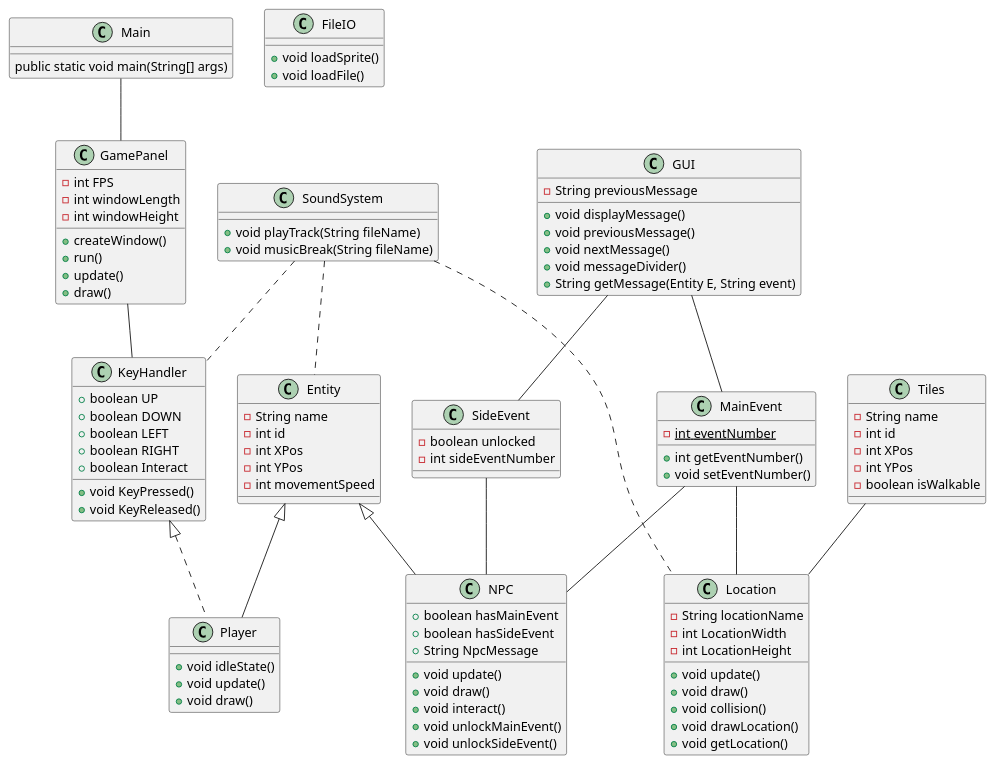
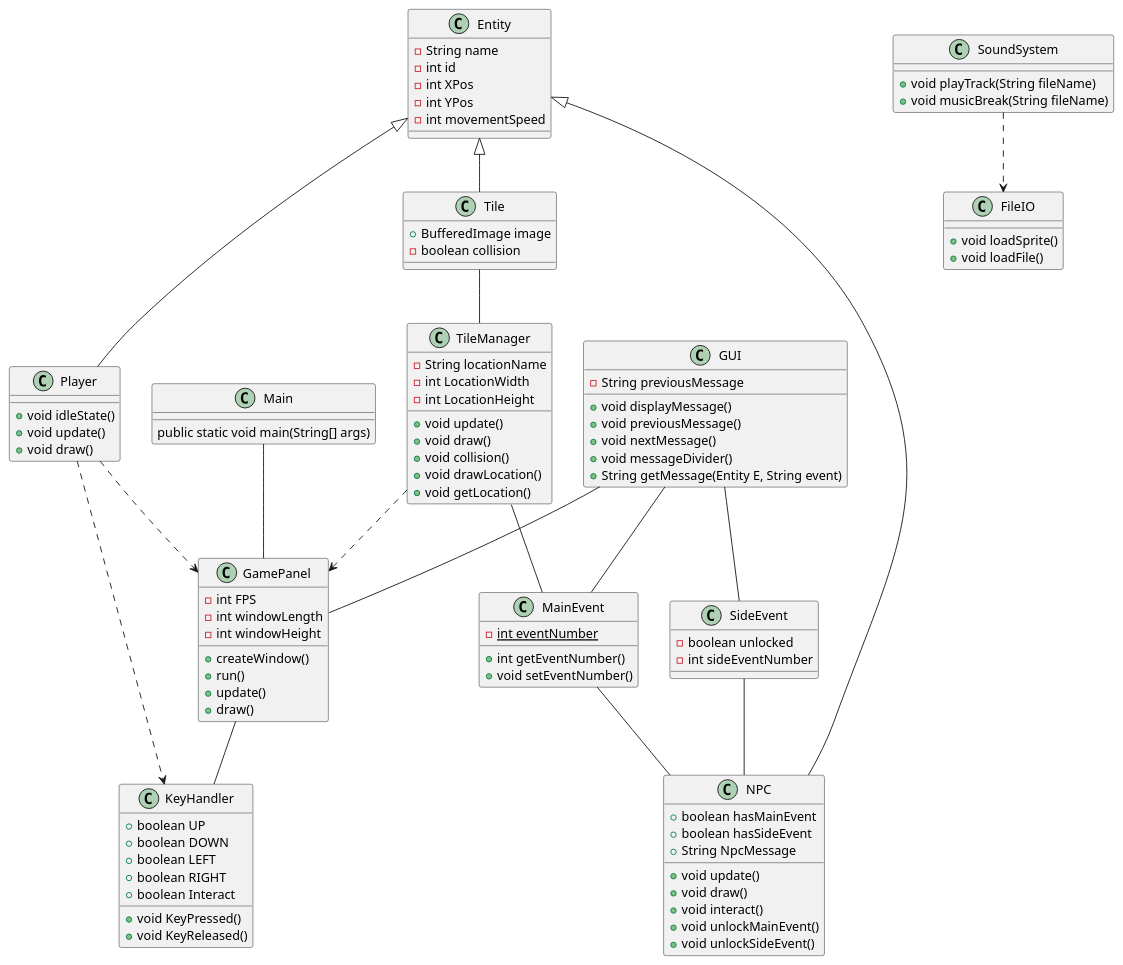
Before and after one commit to cuc2808/SP4_ICE_GAME: the diagram in Resources/Diagrams/KlasseDiagram.puml, drawn with PlantUML.

```diff
--- a/Resources/Diagrams/KlasseDiagram.puml
+++ b/Resources/Diagrams/KlasseDiagram.puml
@@ -1,125 +1,127 @@
 @startuml
 
 class Main{
 public static void main(String[] args)
 }
 
 class GamePanel{
 - int FPS
 - int windowLength
 - int windowHeight
 + createWindow()
 + run()
 + update()
 + draw()
 }
 
 class KeyHandler{
 + boolean UP
 + boolean DOWN
 + boolean LEFT
 + boolean RIGHT
 + boolean Interact
 + void KeyPressed()
 + void KeyReleased()
 }
 
 
 
 
-class Tiles{
-- String name
-- int id
-- int XPos
-- int YPos
-- boolean isWalkable
+class Tile extends Entity{
++ BufferedImage image
+- boolean collision
 
 }
 
 class Entity{
 - String name
 - int id
 - int XPos
 - int YPos
 - int movementSpeed
 }
 
 class GUI{
 - String previousMessage
 + void displayMessage()
 + void previousMessage()
 + void nextMessage()
 + void messageDivider()
 + String getMessage(Entity E, String event)
 }
 
-class Location{
+class TileManager{
 - String locationName
 - int LocationWidth
 - int LocationHeight
 + void update()
 + void draw()
 + void collision()
 + void drawLocation()
 + void getLocation()
 }
 
-class Player extends Entity implements KeyHandler{
+class Player extends Entity {
 + void idleState()
 + void update()
 + void draw()
 }
 
 class NPC extends Entity{
 + boolean hasMainEvent
 + boolean hasSideEvent
 + String NpcMessage
 + void update()
 + void draw()
 + void interact()
 + void unlockMainEvent()
 + void unlockSideEvent()
 }
 
 class MainEvent {
 - {static} int eventNumber
 + int getEventNumber()
 + void setEventNumber()
 }
 
 class SideEvent{
 - boolean unlocked
 - int sideEventNumber
 }
 
 class SoundSystem{
 + void playTrack(String fileName)
 + void musicBreak(String fileName)
 }
 
 class FileIO{
 + void loadSprite()
 + void loadFile()
 }
 
 
-
 Main -- GamePanel
 
 GamePanel -- KeyHandler
 
+SoundSystem ..> FileIO
 
-Tiles -- Location
+TileManager ..> GamePanel
+TileManager -- MainEvent
+Tile -- TileManager
 
+Player ..> KeyHandler
+Player ..> GamePanel
+
+MainEvent -- NPC
+SideEvent -- NPC
+
+GUI -- GamePanel
 GUI -- MainEvent
 GUI -- SideEvent
 
-SoundSystem .. Entity
-SoundSystem .. Location
-SoundSystem .. KeyHandler
 
-MainEvent -- Location
-MainEvent -- NPC
-SideEvent -- NPC
+
+
 
 @enduml
```
